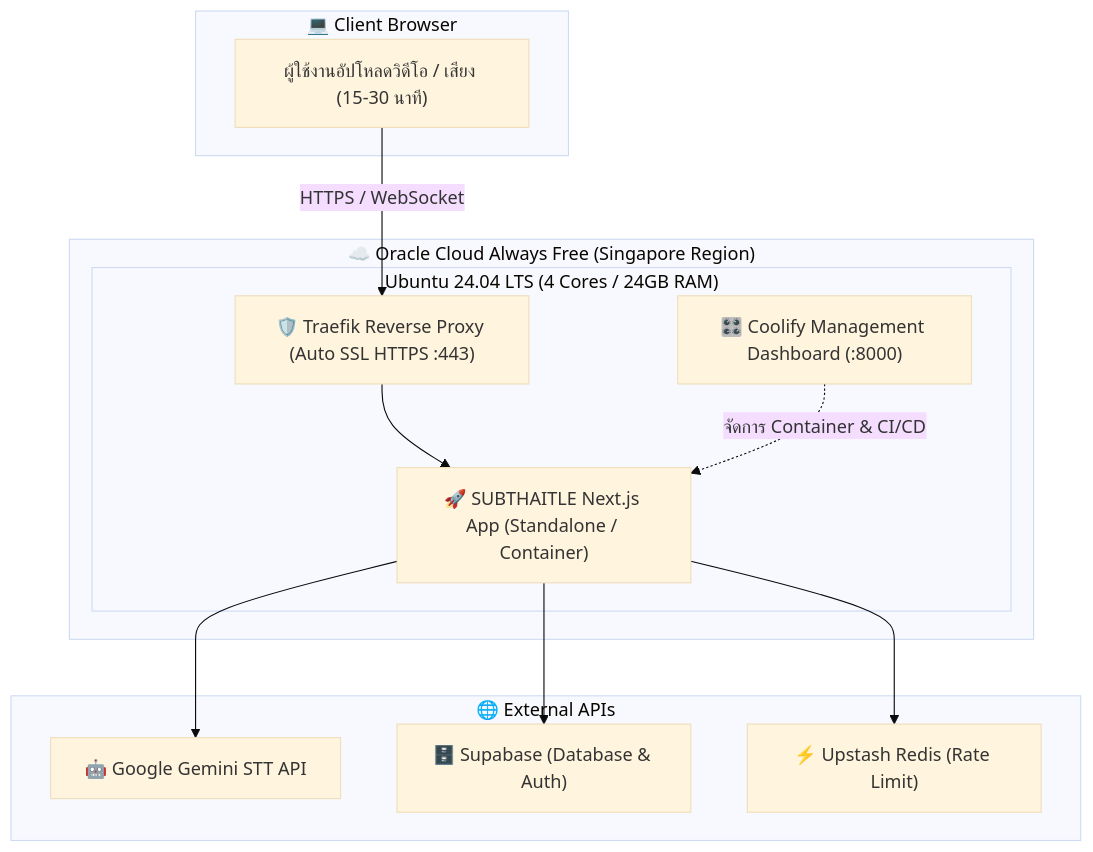
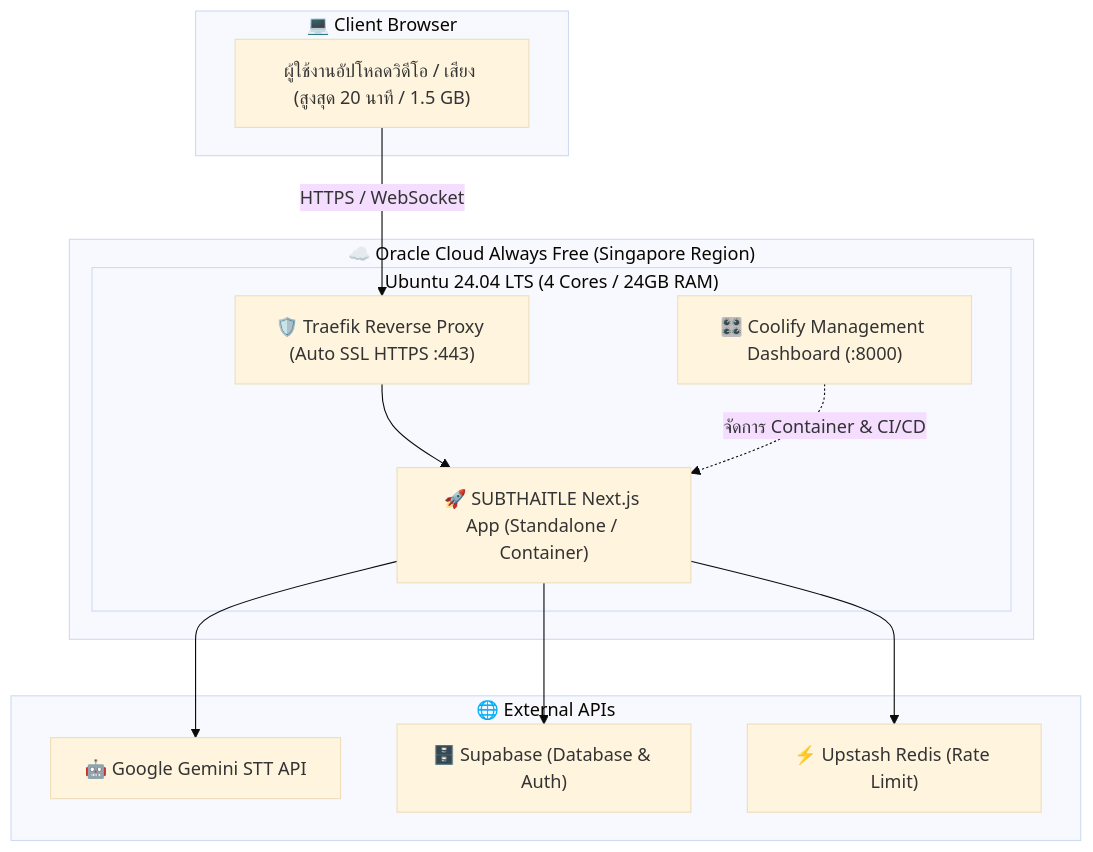
Before and after one commit to wisitan/SUBTHAITLE: the diagram in docs/oracle_cloud_migration_guide.md, drawn with Mermaid (base theme). The commit also changed other lines of this file and 7 other files, not shown here.

Commit message:
feat: standardize VIP limit to 20 mins / 1.5GB and update architecture case study docx

````diff
--- a/docs/oracle_cloud_migration_guide.md
+++ b/docs/oracle_cloud_migration_guide.md
@@ -22,27 +22,27 @@
 ```mermaid
 flowchart TD
     subgraph Client ["💻 Client Browser"]
-        A["ผู้ใช้งานอัปโหลดวิดีโอ / เสียง (15-30 นาที)"]
+        A["ผู้ใช้งานอัปโหลดวิดีโอ / เสียง (สูงสุด 20 นาที / 1.5 GB)"]
     end
 
     subgraph OracleCloud ["☁️ Oracle Cloud Always Free (Singapore Region)"]
         subgraph VM ["Ubuntu 24.04 LTS (4 Cores / 24GB RAM)"]
             Coolify["🎛️ Coolify Management Dashboard (:8000)"]
             Traefik["🛡️ Traefik Reverse Proxy (Auto SSL HTTPS :443)"]
             App["🚀 SUBTHAITLE Next.js App (Standalone / Container)"]
         end
     end
 
     subgraph ExternalServices ["🌐 External APIs"]
         Gemini["🤖 Google Gemini STT API"]
         Supabase["🗄️ Supabase (Database & Auth)"]
         Redis["⚡ Upstash Redis (Rate Limit)"]
     end
 
     A -->|"HTTPS / WebSocket"| Traefik
     Traefik --> App
     App --> Gemini
     App --> Supabase
     App --> Redis
     Coolify -.->|"จัดการ Container & CI/CD"| App
 ```
````
